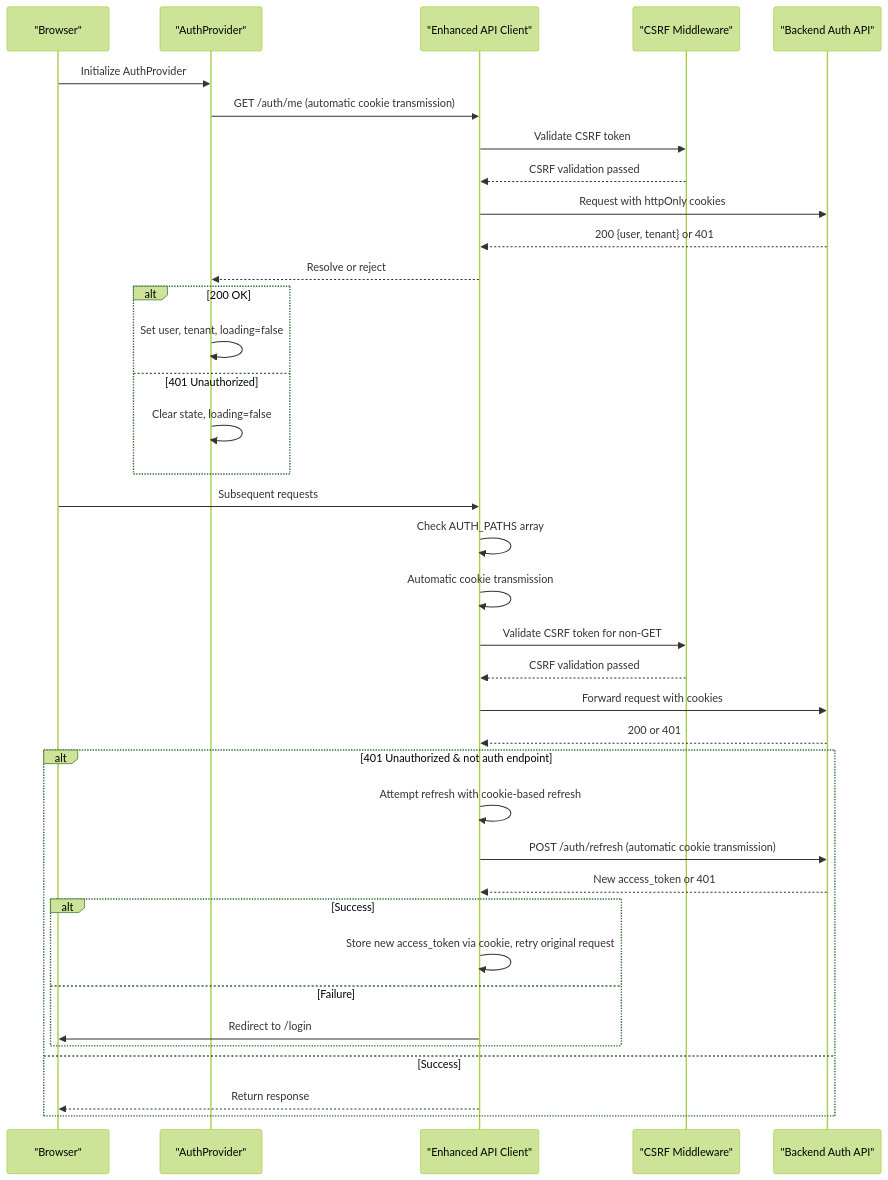
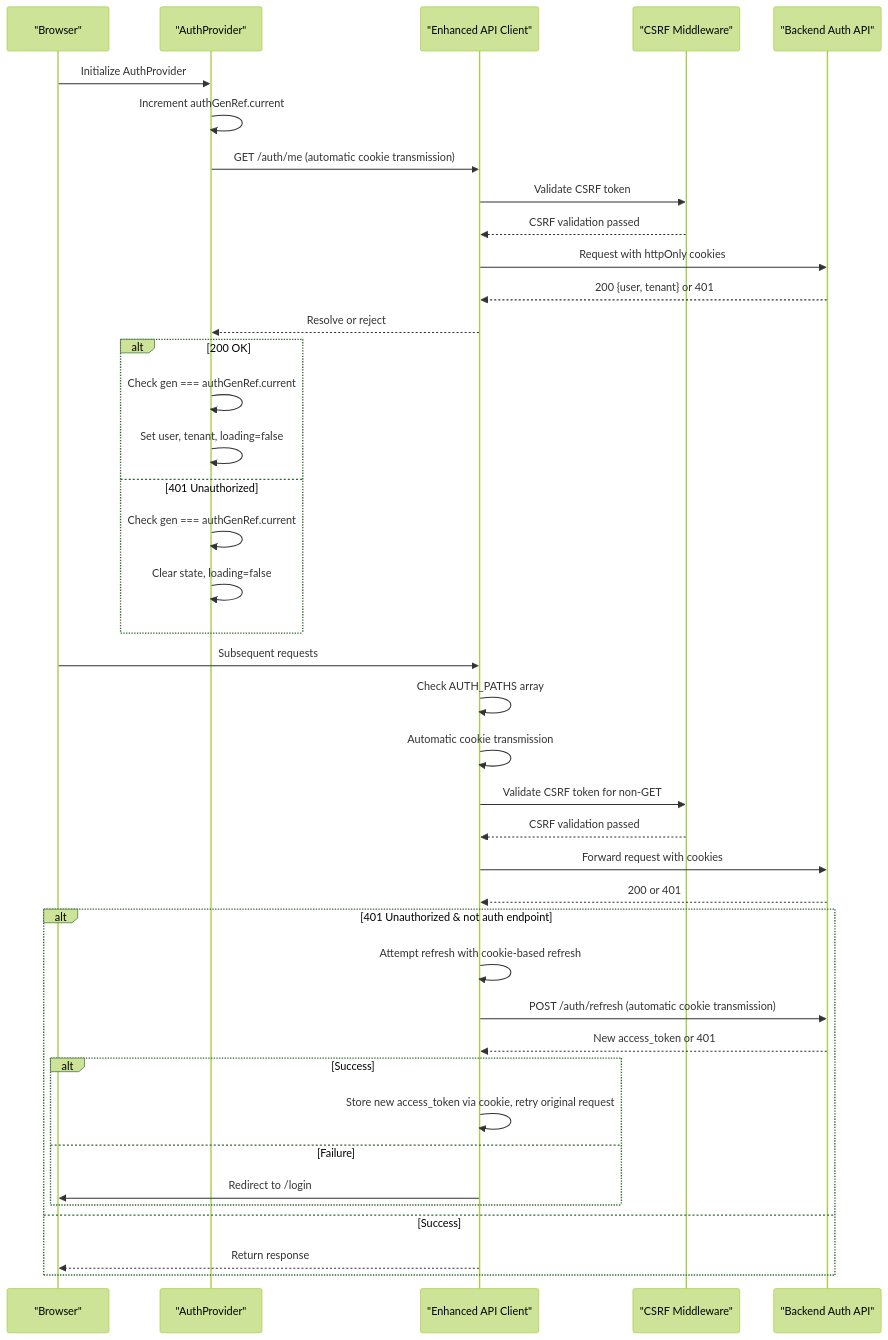
One commit to Revanththetalogics/aireume changed the second of 11 diagrams in .qoder/repowiki/en/content/Authentication & Authorization/Frontend Authentication Context.md. Above: the diagram before and after it, drawn with Mermaid (forest theme). The commit also changed other lines of this file and 27 other files, not shown here.

````diff
--- a/.qoder/repowiki/en/content/Authentication & Authorization/Frontend Authentication Context.md
+++ b/.qoder/repowiki/en/content/Authentication & Authorization/Frontend Authentication Context.md
@@ -128,39 +134,42 @@
 ```mermaid
 sequenceDiagram
 participant Browser as "Browser"
 participant Provider as "AuthProvider"
 participant API as "Enhanced API Client"
 participant CSRF as "CSRF Middleware"
 participant Backend as "Backend Auth API"
 Browser->>Provider : Initialize AuthProvider
+Provider->>Provider : Increment authGenRef.current
 Provider->>API : GET /auth/me (automatic cookie transmission)
 API->>CSRF : Validate CSRF token
 CSRF-->>API : CSRF validation passed
 API->>Backend : Request with httpOnly cookies
 Backend-->>API : 200 {user, tenant} or 401
 API-->>Provider : Resolve or reject
 alt 200 OK
+Provider->>Provider : Check gen === authGenRef.current
 Provider->>Provider : Set user, tenant, loading=false
 else 401 Unauthorized
+Provider->>Provider : Check gen === authGenRef.current
 Provider->>Provider : Clear state, loading=false
 end
 Browser->>API : Subsequent requests
 API->>API : Check AUTH_PATHS array
 API->>API : Automatic cookie transmission
 API->>CSRF : Validate CSRF token for non-GET
 CSRF-->>API : CSRF validation passed
 API->>Backend : Forward request with cookies
 Backend-->>API : 200 or 401
 alt 401 Unauthorized & not auth endpoint
 API->>API : Attempt refresh with cookie-based refresh
 API->>Backend : POST /auth/refresh (automatic cookie transmission)
 Backend-->>API : New access_token or 401
 alt Success
 API->>API : Store new access_token via cookie, retry original request
 else Failure
 API->>Browser : Redirect to /login
 end
 else Success
 API-->>Browser : Return response
 end
 ```
````
